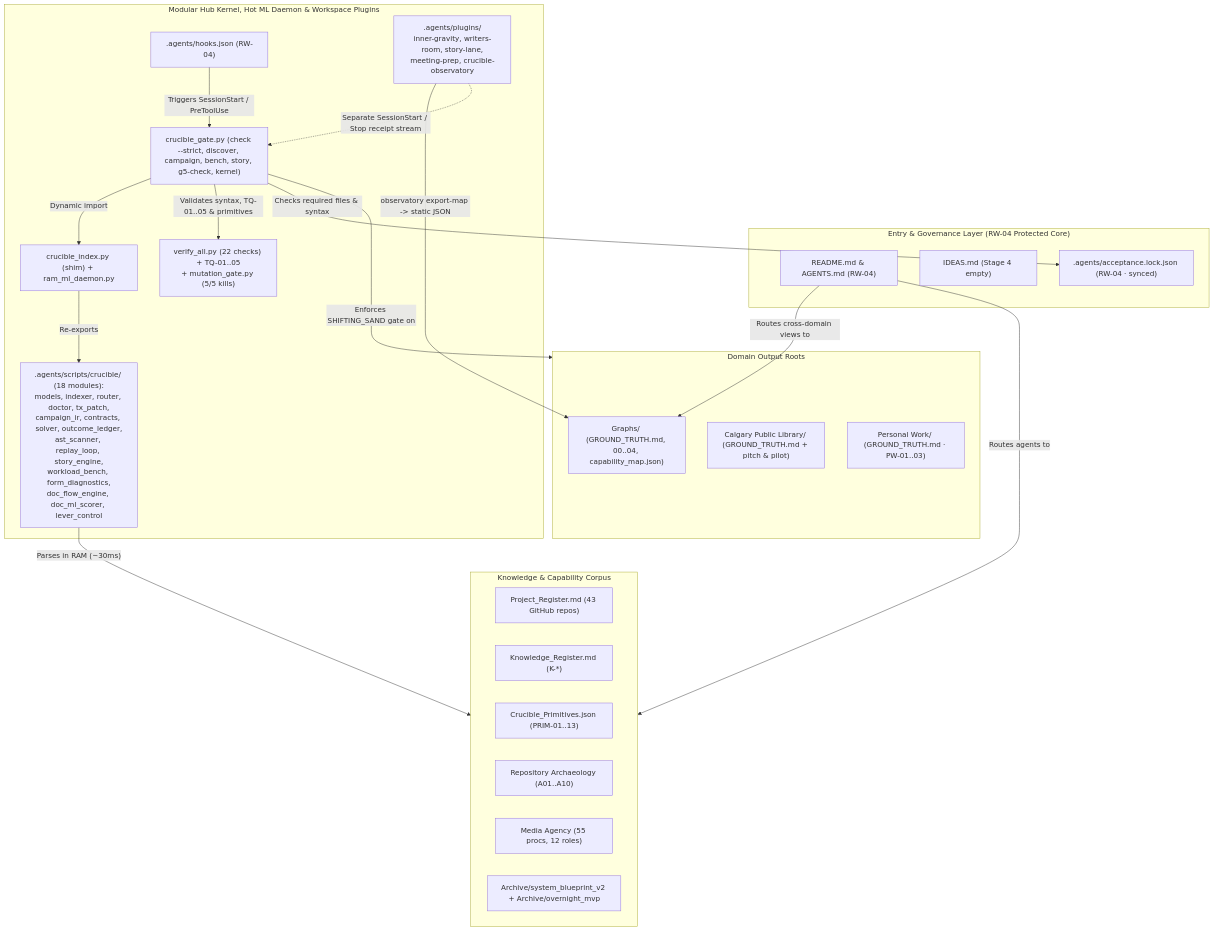
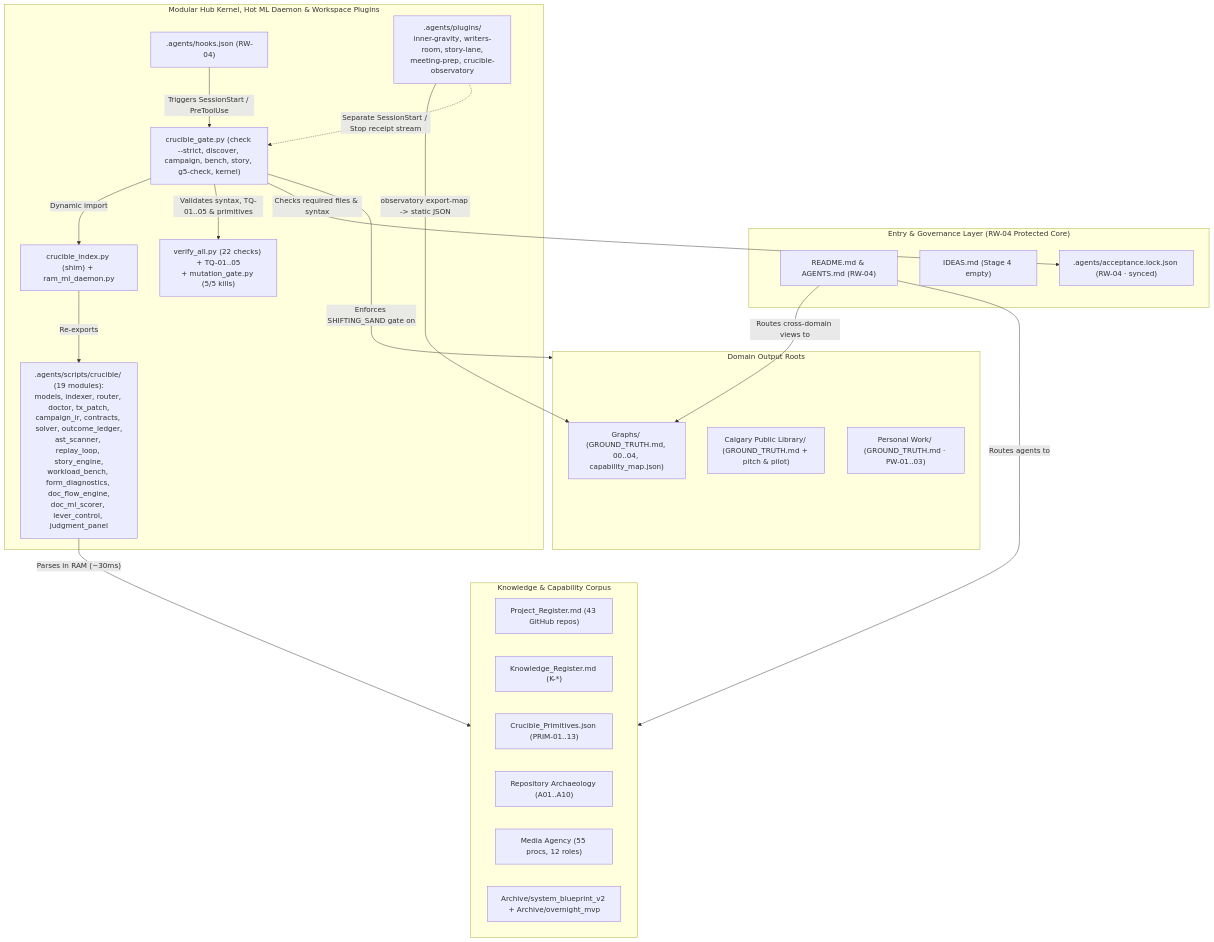
One commit to guarani-ux/Crucible-Domain changed the diagram in Graphs/00_System_Atlas_and_Neon_Handoff.md. Above: the diagram before and after it, drawn with Mermaid. The commit also changed other lines of this file and 7 other files, not shown here.

Commit message:
feat(bench): add Gate 2 adversarial judgment panel with org/political/equity/brand-voice rubrics and judgment lessons

````diff
--- a/Graphs/00_System_Atlas_and_Neon_Handoff.md
+++ b/Graphs/00_System_Atlas_and_Neon_Handoff.md
@@ -37,44 +37,44 @@
 ```mermaid
 flowchart TD
     subgraph ENTRY["Entry & Governance Layer (RW-04 Protected Core)"]
         README["README.md & AGENTS.md (RW-04)"]
         IDEAS["IDEAS.md (Stage 4 empty)"]
         LOCK[".agents/acceptance.lock.json (RW-04 · synced)"]
     end
 
     subgraph KNOWLEDGE["Knowledge & Capability Corpus"]
         PROJ["Project_Register.md (43 GitHub repos)"]
         KNOW["Knowledge_Register.md (K-*)"]
         PRIM["Crucible_Primitives.json (PRIM-01..13)"]
         ARCH["Repository Archaeology (A01..A10)"]
         MEDIA["Media Agency (55 procs, 12 roles)"]
         BLUE["Archive/system_blueprint_v2 + Archive/overnight_mvp"]
     end
 
     subgraph RUNTIME["Modular Hub Kernel, Hot ML Daemon & Workspace Plugins"]
         HOOKS[".agents/hooks.json (RW-04)"]
         GATE["crucible_gate.py (check --strict, discover, campaign, bench, story, g5-check, kernel)"]
         SHIM["crucible_index.py (shim) + ram_ml_daemon.py"]
-        PKG[".agents/scripts/crucible/ (18 modules):\nmodels, indexer, router, doctor, tx_patch,\ncampaign_ir, contracts, solver, outcome_ledger,\nast_scanner, replay_loop, story_engine,\nworkload_bench, form_diagnostics,\ndoc_flow_engine, doc_ml_scorer, lever_control"]
+        PKG[".agents/scripts/crucible/ (19 modules):\nmodels, indexer, router, doctor, tx_patch,\ncampaign_ir, contracts, solver, outcome_ledger,\nast_scanner, replay_loop, story_engine,\nworkload_bench, form_diagnostics, doc_flow_engine,\ndoc_ml_scorer, lever_control, judgment_panel"]
         TQ["verify_all.py (22 checks) + TQ-01..05\n+ mutation_gate.py (5/5 kills)"]
         IG_PLUG[".agents/plugins/\ninner-gravity, writers-room, story-lane,\nmeeting-prep, crucible-observatory"]
     end
 
     subgraph OUTPUTS["Domain Output Roots"]
         GRAPHS["Graphs/ (GROUND_TRUTH.md, 00..04, capability_map.json)"]
         CPL["Calgary Public Library/ (GROUND_TRUTH.md + pitch & pilot)"]
         PERS["Personal Work/ (GROUND_TRUTH.md · PW-01..03)"]
     end
 
     HOOKS -->|"Triggers SessionStart / PreToolUse"| GATE
     GATE -->|"Dynamic import"| SHIM
     SHIM -->|"Re-exports"| PKG
     PKG -->|"Parses in RAM (~30ms)"| KNOWLEDGE
     IG_PLUG -->|"observatory export-map -> static JSON"| GRAPHS
     GATE -->|"Enforces SHIFTING_SAND gate on"| OUTPUTS
     GATE -->|"Validates syntax, TQ-01..05 & primitives"| TQ
     GATE -->|"Checks required files & syntax"| LOCK
     README -->|"Routes agents to"| KNOWLEDGE
     README -->|"Routes cross-domain views to"| GRAPHS
     IG_PLUG -.->|"Separate SessionStart / Stop receipt stream"| GATE
 ```
````
